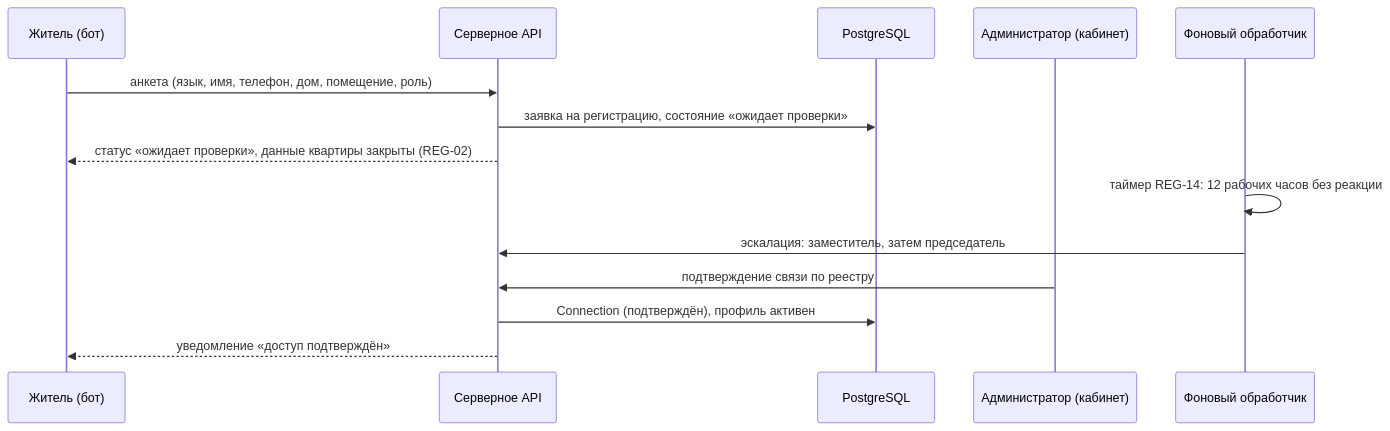
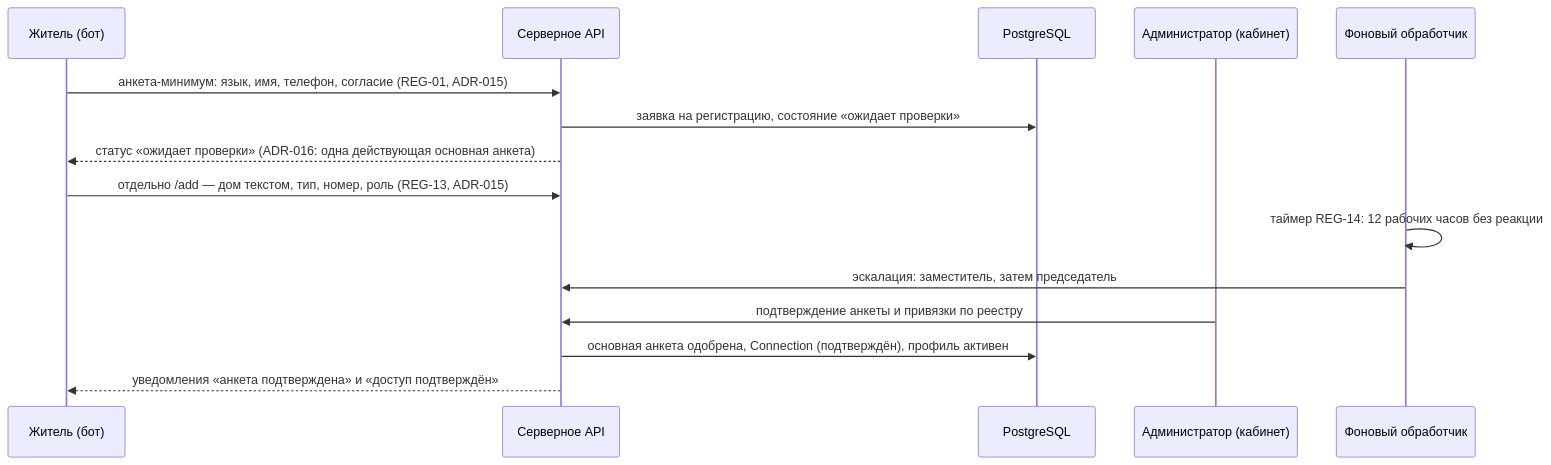
Before and after one commit to vadagama/munar-tau-bot-v1: the third of 5 diagrams in docs/hld.md, drawn with Mermaid. The commit also changed other lines of this file and 68 other files, not shown here.

````diff
--- a/docs/hld.md
+++ b/docs/hld.md
@@ -328,16 +338,17 @@
 ```mermaid
 sequenceDiagram
     participant R as Житель (бот)
     participant API as Серверное API
     participant DB as PostgreSQL
     participant A as Администратор (кабинет)
     participant W as Фоновый обработчик
-    R->>API: анкета (язык, имя, телефон, дом, помещение, роль)
+    R->>API: анкета-минимум: язык, имя, телефон, согласие (REG-01, ADR-015)
     API->>DB: заявка на регистрацию, состояние «ожидает проверки»
-    API-->>R: статус «ожидает проверки», данные квартиры закрыты (REG-02)
+    API-->>R: статус «ожидает проверки» (ADR-016: одна действующая основная анкета)
+    R->>API: отдельно /add — дом текстом, тип, номер, роль (REG-13, ADR-015)
     W->>W: таймер REG-14: 12 рабочих часов без реакции
     W->>API: эскалация: заместитель, затем председатель
-    A->>API: подтверждение связи по реестру
-    API->>DB: Connection (подтверждён), профиль активен
-    API-->>R: уведомление «доступ подтверждён»
+    A->>API: подтверждение анкеты и привязки по реестру
+    API->>DB: основная анкета одобрена, Connection (подтверждён), профиль активен
+    API-->>R: уведомления «анкета подтверждена» и «доступ подтверждён»
 ```
````
